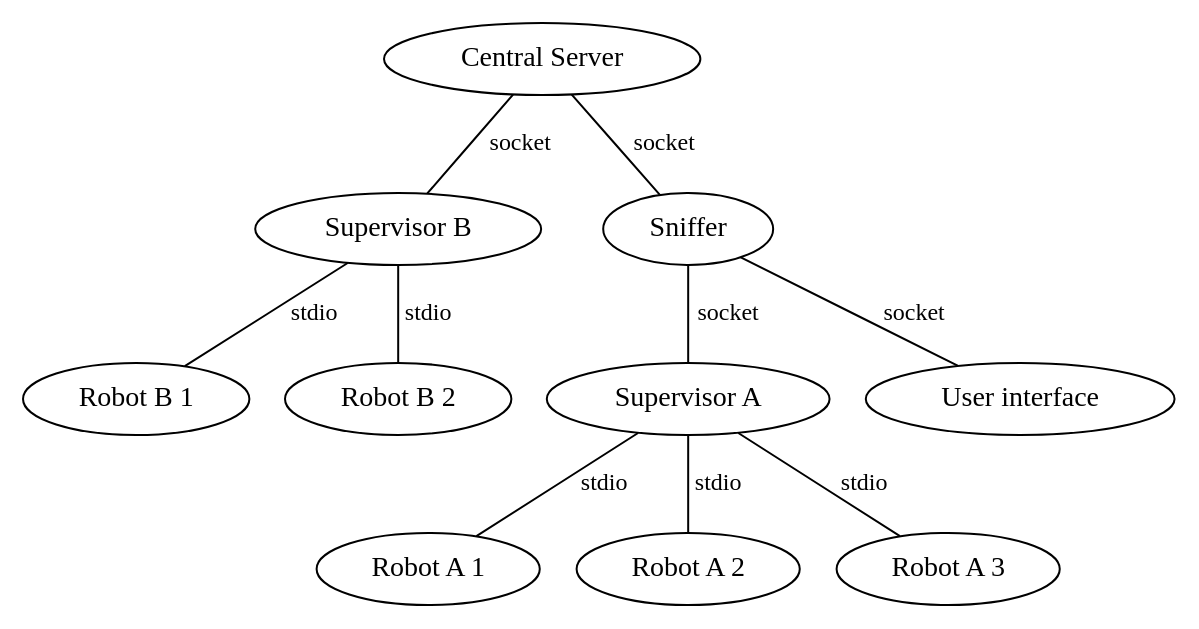
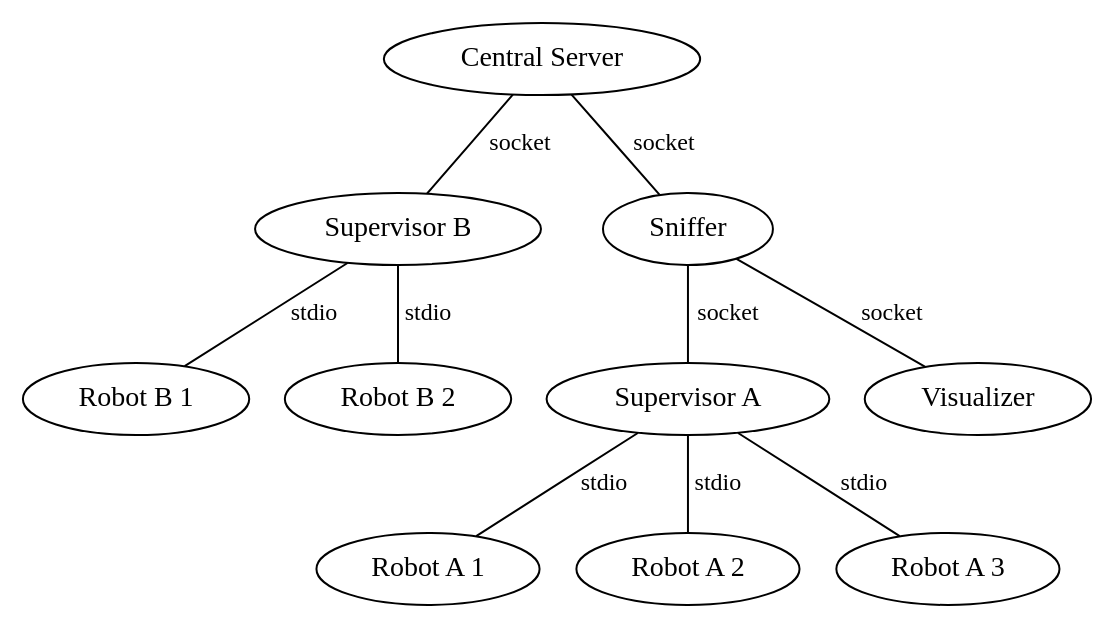
Before and after one commit to photm5/botstrats: the diagram in doc/network.gv, drawn with Graphviz. The commit also changed 2 other files, not shown here.

Commit message:
Change User Interface to Visualizer in doc

```diff
--- a/doc/network.gv
+++ b/doc/network.gv
@@ -1,23 +1,23 @@
 graph network {
     CS [label="Central Server"]
     SA [label="Supervisor A"]
     SB [label="Supervisor B"]
     RA1 [label="Robot A 1"]
     RA2 [label="Robot A 2"]
     RA3 [label="Robot A 3"]
     RB1 [label="Robot B 1"]
     RB2 [label="Robot B 2"]
     SN [label="Sniffer"]
-    UI [label="User interface"]
+    VI [label="Visualizer"]
     CS -- SN [fontsize=12,label="socket"]
-    SN -- UI [fontsize=12,label="socket"]
+    SN -- VI [fontsize=12,label="socket"]
     SN -- SA [fontsize=12,label="socket"]
     CS -- SB [fontsize=12,label="socket"]
     SA -- RA1 [fontsize=12,label="stdio"]
     SA -- RA2 [fontsize=12,label="stdio"]
     SA -- RA3 [fontsize=12,label="stdio"]
     SB -- RB1 [fontsize=12,label="stdio"]
     SB -- RB2 [fontsize=12,label="stdio"]
 }
 
 // vim: ft=dot
```
